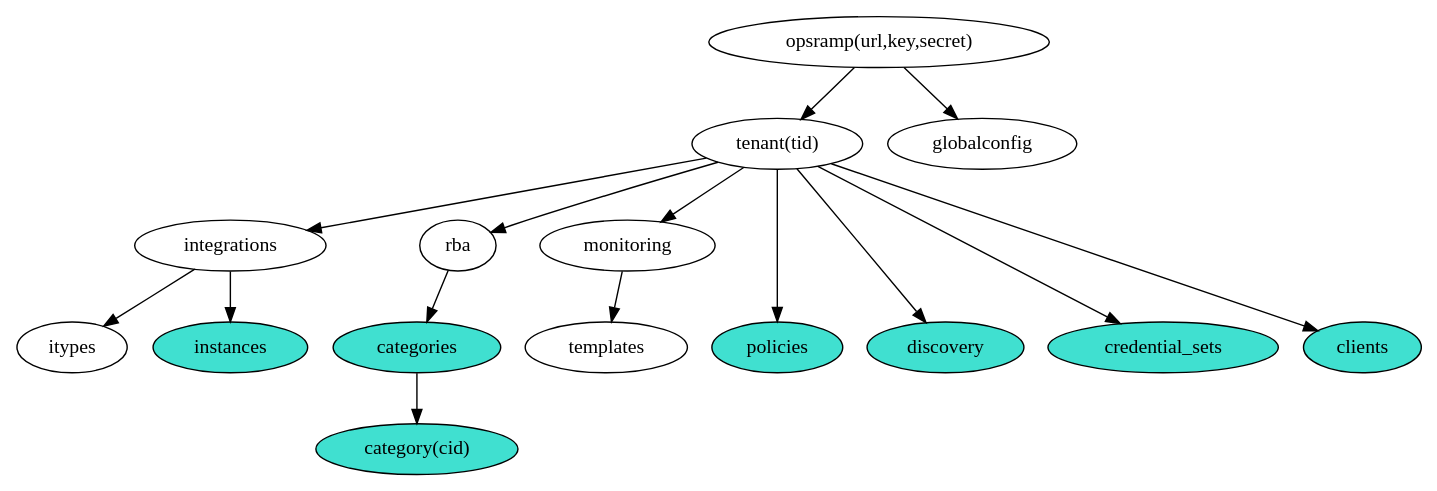
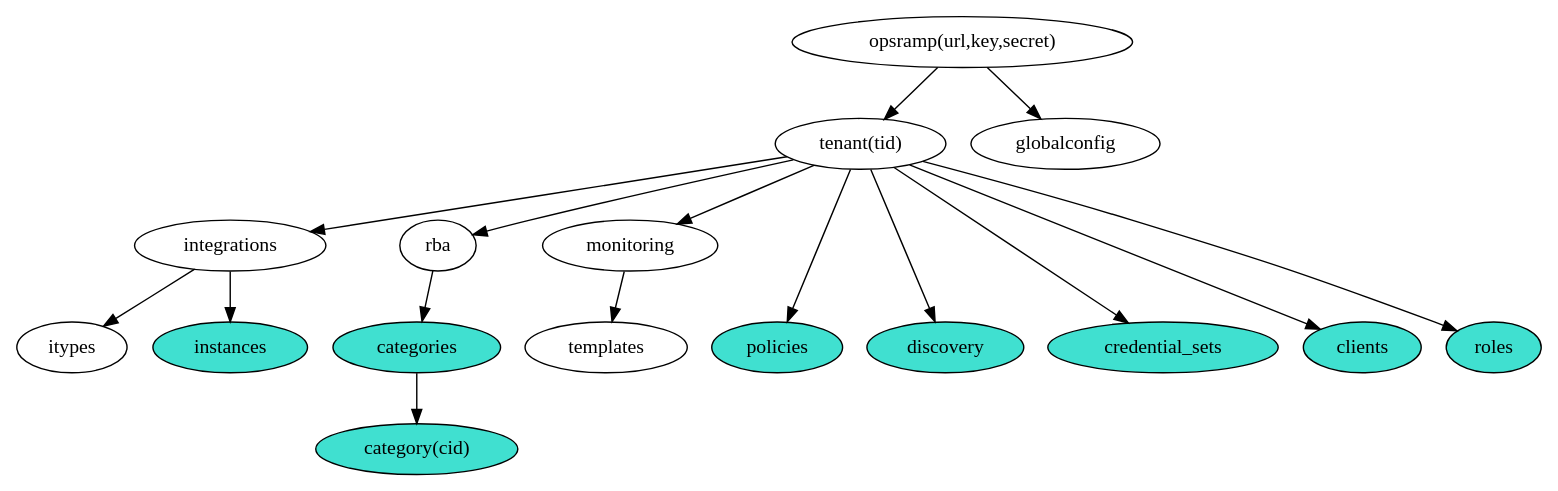
One commit to HewlettPackard/python-opsramp changed the diagram in classes.dot. Above: the diagram before and after it, drawn with Graphviz. The commit also changed 2 other files, not shown here.

Commit message:
Update README to add the Roles class
Also the class diagram.

```diff
--- a/classes.dot
+++ b/classes.dot
@@ -1,37 +1,38 @@
 # classes.dot
 # An input file for graphviz that produces a diagram of the relationship
 # between the various classes in the python-opsramp language binding.
 #
 # (c) Copyright 2019 Hewlett Packard Enterprise Development LP
 #
 # Licensed under the Apache License, Version 2.0 (the "License");
 # you may not use this file except in compliance with the License.
 # You may obtain a copy of the License at
 #
 #     http://www.apache.org/licenses/LICENSE-2.0
 #
 # Unless required by applicable law or agreed to in writing, software
 # distributed under the License is distributed on an "AS IS" BASIS,
 # WITHOUT WARRANTIES OR CONDITIONS OF ANY KIND, either express or implied.
 # See the License for the specific language governing permissions and
 # limitations under the License.
 #
 digraph {
   opsramp -> { tenant globalconfig }
-  tenant -> { integrations rba monitoring policies discovery credential_sets clients }
+  tenant -> { integrations rba monitoring policies discovery credential_sets clients roles }
   rba -> categories
   categories -> category
   monitoring -> templates
   integrations -> { itypes instances }
-  { rank=same categories templates clients policies itypes instances discovery credential_sets }
+  { rank=same categories templates clients policies itypes instances discovery credential_sets roles }
 
   opsramp [label="opsramp(url,key,secret)"]
   tenant [label="tenant(tid)"]
   category [label="category(cid)" style="filled" fillcolor="turquoise"]
   instances [style="filled" fillcolor="turquoise"]
   categories [style="filled" fillcolor="turquoise"]
   policies [style="filled" fillcolor="turquoise"]
   clients [style="filled" fillcolor="turquoise"]
   discovery [style="filled" fillcolor="turquoise"]
   credential_sets [style="filled" fillcolor="turquoise"]
+  roles [style="filled" fillcolor="turquoise"]
 }
```
